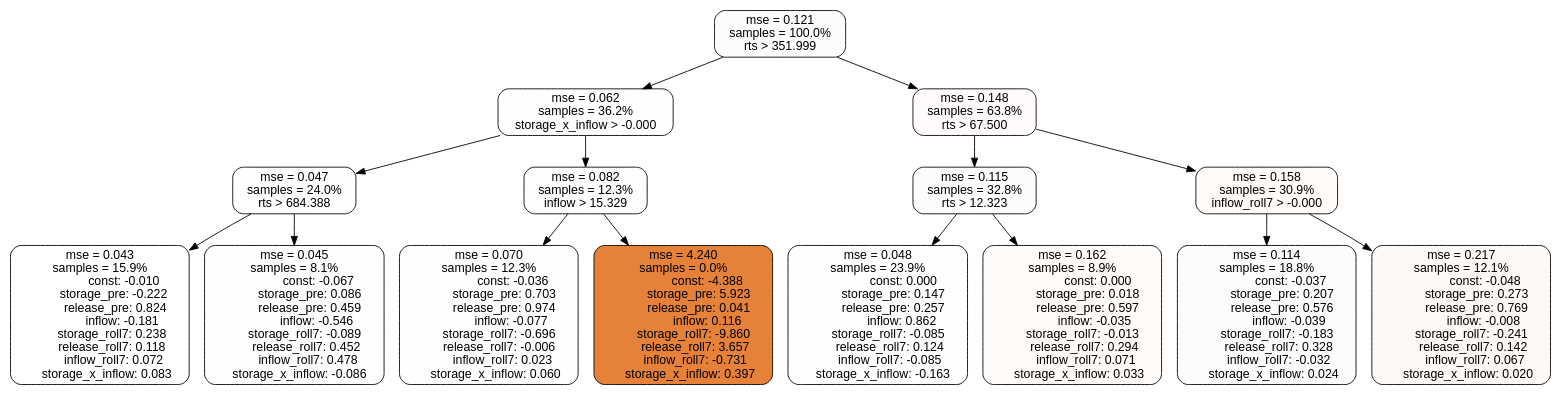
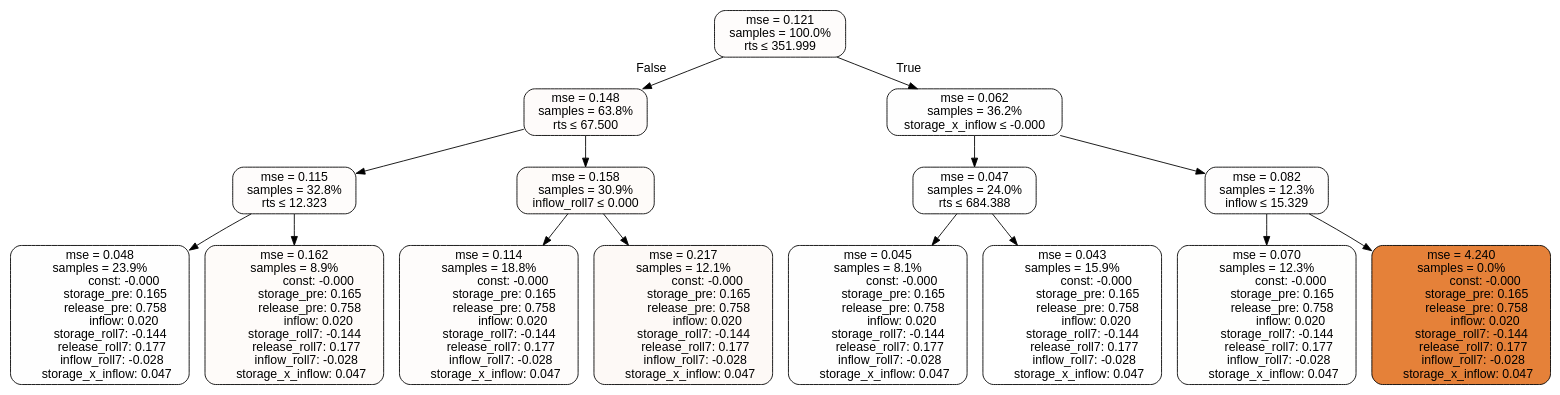
The diagram in results/tclr_spatial_eval/all/TD3_RT_MS_0.75_0/tree.dot (lcford2/predict-release), drawn with Graphviz before and after one commit. The commit also changed 4195 other files, not shown here.

```diff
--- a/results/tclr_spatial_eval/all/TD3_RT_MS_0.75_0/tree.dot
+++ b/results/tclr_spatial_eval/all/TD3_RT_MS_0.75_0/tree.dot
@@ -1,120 +1,120 @@
 digraph tree {
 node [shape=rectangle, style="filled, rounded", color="black", fontname=helvetica] ;
 edge [fontname=helvetica] ;
 	"0" [label="mse = 0.121
 samples = 100.0%
-rts > 351.999", fillcolor="#fefcfb"]
+rts &le; 351.999", fillcolor="#fefcfb"]
+	"1" [label="mse = 0.148
+samples = 63.8%
+rts &le; 67.500", fillcolor="#fefbfa"]
+	"2" [label="mse = 0.115
+samples = 32.8%
+rts &le; 12.323", fillcolor="#fefcfb"]
+	"3" [label="mse = 0.048
+samples = 23.9%
+               const: -0.000
+          storage_pre: 0.165
+          release_pre: 0.758
+               inflow: 0.020
+       storage_roll7: -0.144
+        release_roll7: 0.177
+        inflow_roll7: -0.028
+     storage_x_inflow: 0.047", fillcolor="#fefefe"]
+	"4" [label="mse = 0.162
+samples = 8.9%
+               const: -0.000
+          storage_pre: 0.165
+          release_pre: 0.758
+               inflow: 0.020
+       storage_roll7: -0.144
+        release_roll7: 0.177
+        inflow_roll7: -0.028
+     storage_x_inflow: 0.047", fillcolor="#fefbf9"]
+	"5" [label="mse = 0.158
+samples = 30.9%
+inflow_roll7 &le; 0.000", fillcolor="#fefbf9"]
+	"6" [label="mse = 0.114
+samples = 18.8%
+               const: -0.000
+          storage_pre: 0.165
+          release_pre: 0.758
+               inflow: 0.020
+       storage_roll7: -0.144
+        release_roll7: 0.177
+        inflow_roll7: -0.028
+     storage_x_inflow: 0.047", fillcolor="#fefcfb"]
+	"7" [label="mse = 0.217
+samples = 12.1%
+               const: -0.000
+          storage_pre: 0.165
+          release_pre: 0.758
+               inflow: 0.020
+       storage_roll7: -0.144
+        release_roll7: 0.177
+        inflow_roll7: -0.028
+     storage_x_inflow: 0.047", fillcolor="#fdf9f6"]
 	"8" [label="mse = 0.062
 samples = 36.2%
-storage_x_inflow > -0.000", fillcolor="#fefefe"]
-	"1" [label="mse = 0.148
-samples = 63.8%
-rts > 67.500", fillcolor="#fefbfa"]
+storage_x_inflow &le; -0.000", fillcolor="#fefefe"]
 	"9" [label="mse = 0.047
 samples = 24.0%
-rts > 684.388", fillcolor="#fefefe"]
+rts &le; 684.388", fillcolor="#fefefe"]
+	"10" [label="mse = 0.045
+samples = 8.1%
+               const: -0.000
+          storage_pre: 0.165
+          release_pre: 0.758
+               inflow: 0.020
+       storage_roll7: -0.144
+        release_roll7: 0.177
+        inflow_roll7: -0.028
+     storage_x_inflow: 0.047", fillcolor="#fefefe"]
+	"11" [label="mse = 0.043
+samples = 15.9%
+               const: -0.000
+          storage_pre: 0.165
+          release_pre: 0.758
+               inflow: 0.020
+       storage_roll7: -0.144
+        release_roll7: 0.177
+        inflow_roll7: -0.028
+     storage_x_inflow: 0.047", fillcolor="#ffffff"]
 	"12" [label="mse = 0.082
 samples = 12.3%
-inflow > 15.329", fillcolor="#fefdfd"]
-	"2" [label="mse = 0.115
-samples = 32.8%
-rts > 12.323", fillcolor="#fefcfb"]
-	"5" [label="mse = 0.158
-samples = 30.9%
-inflow_roll7 > -0.000", fillcolor="#fefbf9"]
-	"11" [label="mse = 0.043
-samples = 15.9%
-               const: -0.010
-         storage_pre: -0.222
-          release_pre: 0.824
-              inflow: -0.181
-        storage_roll7: 0.238
-        release_roll7: 0.118
-         inflow_roll7: 0.072
-     storage_x_inflow: 0.083", fillcolor="#ffffff"]
-	"10" [label="mse = 0.045
-samples = 8.1%
-               const: -0.067
-          storage_pre: 0.086
-          release_pre: 0.459
-              inflow: -0.546
-       storage_roll7: -0.089
-        release_roll7: 0.452
-         inflow_roll7: 0.478
-    storage_x_inflow: -0.086", fillcolor="#fefefe"]
+inflow &le; 15.329", fillcolor="#fefdfd"]
 	"13" [label="mse = 0.070
 samples = 12.3%
-               const: -0.036
-          storage_pre: 0.703
-          release_pre: 0.974
-              inflow: -0.077
-       storage_roll7: -0.696
-       release_roll7: -0.006
-         inflow_roll7: 0.023
-     storage_x_inflow: 0.060", fillcolor="#fefefd"]
+               const: -0.000
+          storage_pre: 0.165
+          release_pre: 0.758
+               inflow: 0.020
+       storage_roll7: -0.144
+        release_roll7: 0.177
+        inflow_roll7: -0.028
+     storage_x_inflow: 0.047", fillcolor="#fefefd"]
 	"14" [label="mse = 4.240
 samples = 0.0%
-               const: -4.388
-          storage_pre: 5.923
-          release_pre: 0.041
-               inflow: 0.116
-       storage_roll7: -9.860
-        release_roll7: 3.657
-        inflow_roll7: -0.731
-     storage_x_inflow: 0.397", fillcolor="#e58139"]
-	"3" [label="mse = 0.048
-samples = 23.9%
-                const: 0.000
-          storage_pre: 0.147
-          release_pre: 0.257
-               inflow: 0.862
-       storage_roll7: -0.085
-        release_roll7: 0.124
-        inflow_roll7: -0.085
-    storage_x_inflow: -0.163", fillcolor="#fefefe"]
-	"4" [label="mse = 0.162
-samples = 8.9%
-                const: 0.000
-          storage_pre: 0.018
-          release_pre: 0.597
-              inflow: -0.035
-       storage_roll7: -0.013
-        release_roll7: 0.294
-         inflow_roll7: 0.071
-     storage_x_inflow: 0.033", fillcolor="#fefbf9"]
-	"6" [label="mse = 0.114
-samples = 18.8%
-               const: -0.037
-          storage_pre: 0.207
-          release_pre: 0.576
-              inflow: -0.039
-       storage_roll7: -0.183
-        release_roll7: 0.328
-        inflow_roll7: -0.032
-     storage_x_inflow: 0.024", fillcolor="#fefcfb"]
-	"7" [label="mse = 0.217
-samples = 12.1%
-               const: -0.048
-          storage_pre: 0.273
-          release_pre: 0.769
-              inflow: -0.008
-       storage_roll7: -0.241
-        release_roll7: 0.142
-         inflow_roll7: 0.067
-     storage_x_inflow: 0.020", fillcolor="#fdf9f6"]
+               const: -0.000
+          storage_pre: 0.165
+          release_pre: 0.758
+               inflow: 0.020
+       storage_roll7: -0.144
+        release_roll7: 0.177
+        inflow_roll7: -0.028
+     storage_x_inflow: 0.047", fillcolor="#e58139"]
 
-	"0" -> "1"
-	"0" -> "8"
+	"0" -> "1" [labeldistance=2.5, labelangle=45, headlabel="False"]
+	"1" -> "2"
+	"2" -> "3"
+	"2" -> "4"
+	"1" -> "5"
+	"5" -> "6"
+	"5" -> "7"
+	"0" -> "8" [labeldistance=2.5, labelangle=-45, headlabel="True"]
 	"8" -> "9"
-	"8" -> "12"
-	"1" -> "2"
-	"1" -> "5"
 	"9" -> "10"
 	"9" -> "11"
+	"8" -> "12"
 	"12" -> "13"
 	"12" -> "14"
-	"2" -> "3"
-	"2" -> "4"
-	"5" -> "6"
-	"5" -> "7"
 }
```
